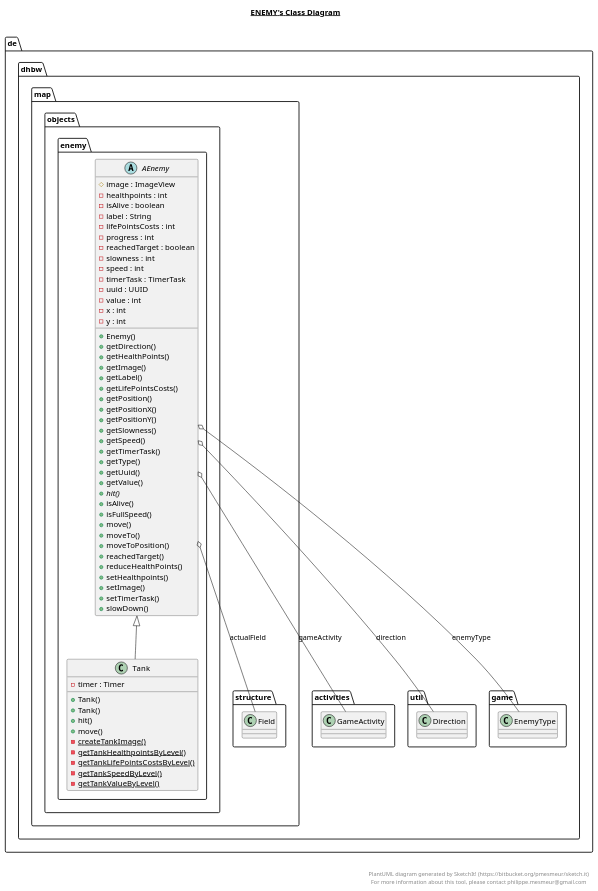
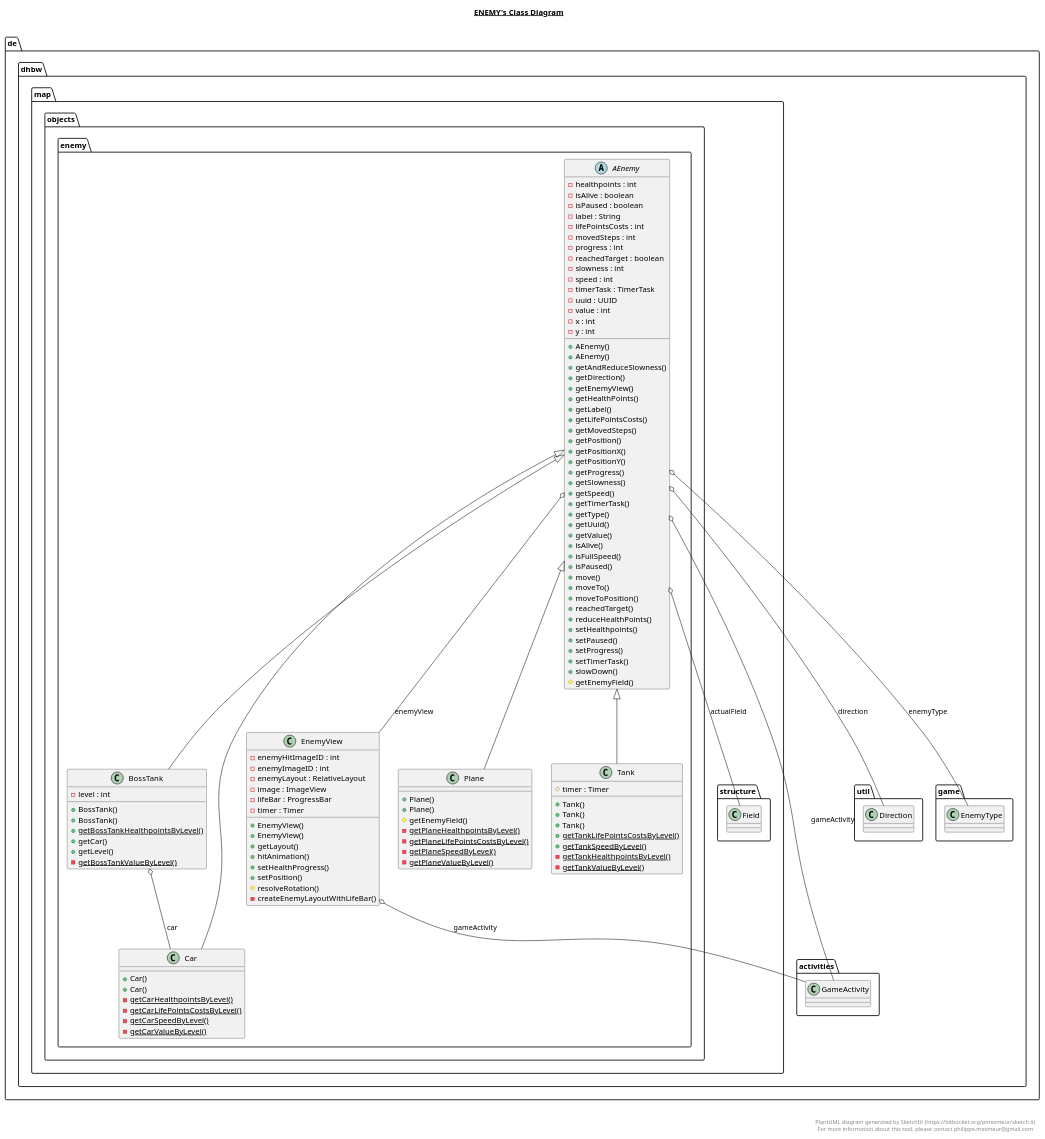
Before and after one commit to niwa99/Tower-Defense: the diagram in app/src/main/java/de/dhbw/map/objects/enemy/enemy.plantuml, drawn with PlantUML. The commit also changed 12 other files, not shown here.

Commit message:
Update Class Diagram

```diff
--- a/app/src/main/java/de/dhbw/map/objects/enemy/enemy.plantuml
+++ b/app/src/main/java/de/dhbw/map/objects/enemy/enemy.plantuml
@@ -1,86 +1,163 @@
 @startuml
 
 title __ENEMY's Class Diagram__\n
 
   namespace de.dhbw {
     namespace map.objects.enemy {
       abstract class de.dhbw.map.objects.enemy.AEnemy {
-          # image : ImageView
           - healthpoints : int
           - isAlive : boolean
+          - isPaused : boolean
           - label : String
           - lifePointsCosts : int
+          - movedSteps : int
           - progress : int
           - reachedTarget : boolean
           - slowness : int
           - speed : int
           - timerTask : TimerTask
           - uuid : UUID
           - value : int
           - x : int
           - y : int
-          + Enemy()
+          + AEnemy()
+          + AEnemy()
+          + getAndReduceSlowness()
           + getDirection()
+          + getEnemyView()
           + getHealthPoints()
-          + getImage()
           + getLabel()
           + getLifePointsCosts()
+          + getMovedSteps()
           + getPosition()
           + getPositionX()
           + getPositionY()
+          + getProgress()
           + getSlowness()
           + getSpeed()
           + getTimerTask()
           + getType()
           + getUuid()
           + getValue()
-          {abstract} + hit()
           + isAlive()
           + isFullSpeed()
+          + isPaused()
           + move()
           + moveTo()
           + moveToPosition()
           + reachedTarget()
           + reduceHealthPoints()
           + setHealthpoints()
-          + setImage()
+          + setPaused()
+          + setProgress()
           + setTimerTask()
           + slowDown()
+          # getEnemyField()
+      }
+    }
+  }
+  
+
+  namespace de.dhbw {
+    namespace map.objects.enemy {
+      class de.dhbw.map.objects.enemy.BossTank {
+          - level : int
+          + BossTank()
+          + BossTank()
+          {static} + getBossTankHealthpointsByLevel()
+          + getCar()
+          + getLevel()
+          {static} - getBossTankValueByLevel()
+      }
+    }
+  }
+  
+
+  namespace de.dhbw {
+    namespace map.objects.enemy {
+      class de.dhbw.map.objects.enemy.Car {
+          + Car()
+          + Car()
+          {static} - getCarHealthpointsByLevel()
+          {static} - getCarLifePointsCostsByLevel()
+          {static} - getCarSpeedByLevel()
+          {static} - getCarValueByLevel()
+      }
+    }
+  }
+  
+
+  namespace de.dhbw {
+    namespace map.objects.enemy {
+      class de.dhbw.map.objects.enemy.EnemyView {
+          - enemyHitImageID : int
+          - enemyImageID : int
+          - enemyLayout : RelativeLayout
+          - image : ImageView
+          - lifeBar : ProgressBar
+          - timer : Timer
+          + EnemyView()
+          + EnemyView()
+          + getLayout()
+          + hitAnimation()
+          + setHealthProgress()
+          + setPosition()
+          # resolveRotation()
+          - createEnemyLayoutWithLifeBar()
+      }
+    }
+  }
+  
+
+  namespace de.dhbw {
+    namespace map.objects.enemy {
+      class de.dhbw.map.objects.enemy.Plane {
+          + Plane()
+          + Plane()
+          # getEnemyField()
+          {static} - getPlaneHealthpointsByLevel()
+          {static} - getPlaneLifePointsCostsByLevel()
+          {static} - getPlaneSpeedByLevel()
+          {static} - getPlaneValueByLevel()
       }
     }
   }
   
 
   namespace de.dhbw {
     namespace map.objects.enemy {
       class de.dhbw.map.objects.enemy.Tank {
-          - timer : Timer
+          # timer : Timer
           + Tank()
           + Tank()
-          + hit()
-          + move()
-          {static} - createTankImage()
+          + Tank()
+          {static} + getTankLifePointsCostsByLevel()
+          {static} + getTankSpeedByLevel()
           {static} - getTankHealthpointsByLevel()
-          {static} - getTankLifePointsCostsByLevel()
-          {static} - getTankSpeedByLevel()
           {static} - getTankValueByLevel()
       }
     }
   }
   
 
+  de.dhbw.map.objects.enemy.AEnemy o-- de.dhbw.map.structure.Field : actualField
   de.dhbw.map.objects.enemy.AEnemy o-- de.dhbw.activities.GameActivity : gameActivity
-  de.dhbw.map.objects.enemy.AEnemy o-- de.dhbw.map.structure.Field : actualField
   de.dhbw.map.objects.enemy.AEnemy o-- de.dhbw.util.Direction : direction
   de.dhbw.map.objects.enemy.AEnemy o-- de.dhbw.game.EnemyType : enemyType
+  de.dhbw.map.objects.enemy.AEnemy o-- de.dhbw.map.objects.enemy.EnemyView : enemyView
+  de.dhbw.map.objects.enemy.BossTank -up-|> de.dhbw.map.objects.enemy.AEnemy
+  de.dhbw.map.objects.enemy.BossTank o-- de.dhbw.map.objects.enemy.Car : car
+  de.dhbw.map.objects.enemy.Car -up-|> de.dhbw.map.objects.enemy.AEnemy
+  de.dhbw.map.objects.enemy.EnemyView o-- de.dhbw.activities.GameActivity : gameActivity
+  de.dhbw.map.objects.enemy.Plane -up-|> de.dhbw.map.objects.enemy.AEnemy
   de.dhbw.map.objects.enemy.Tank -up-|> de.dhbw.map.objects.enemy.AEnemy
 
 
 right footer
 
 
 PlantUML diagram generated by SketchIt! (https://bitbucket.org/pmesmeur/sketch.it)
 For more information about this tool, please contact philippe.mesmeur@gmail.com
 endfooter
 
 @enduml
```
